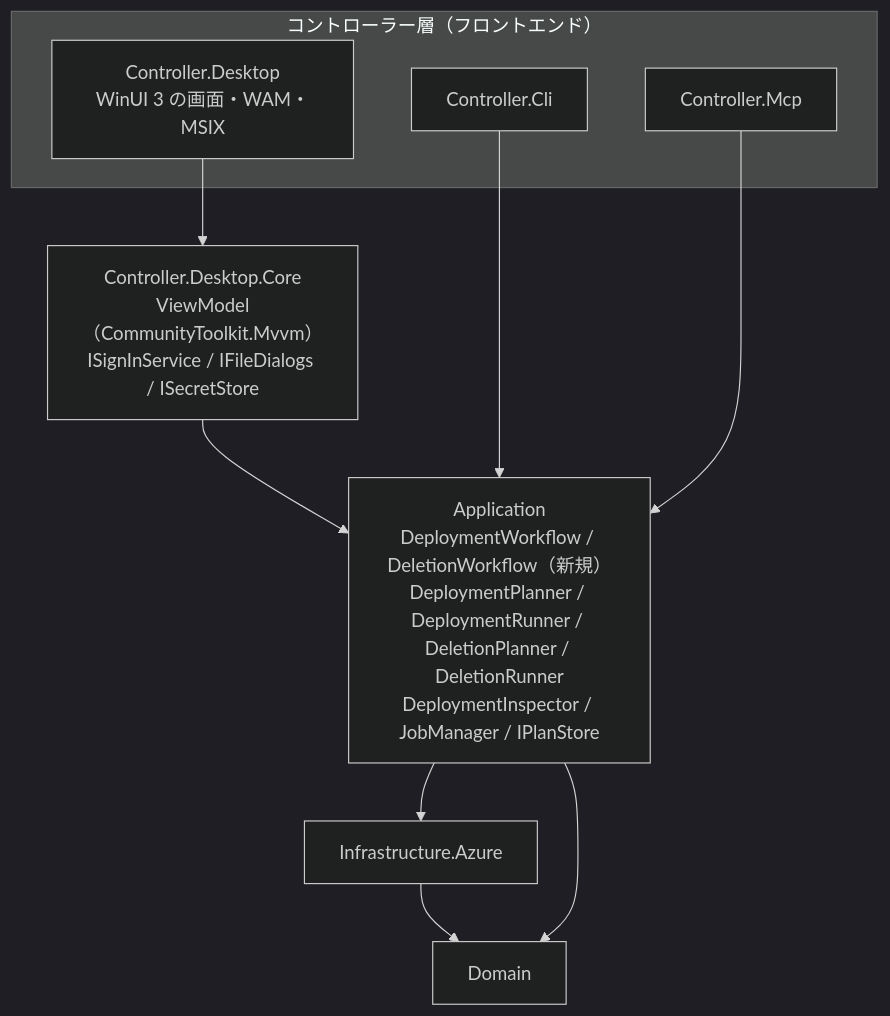
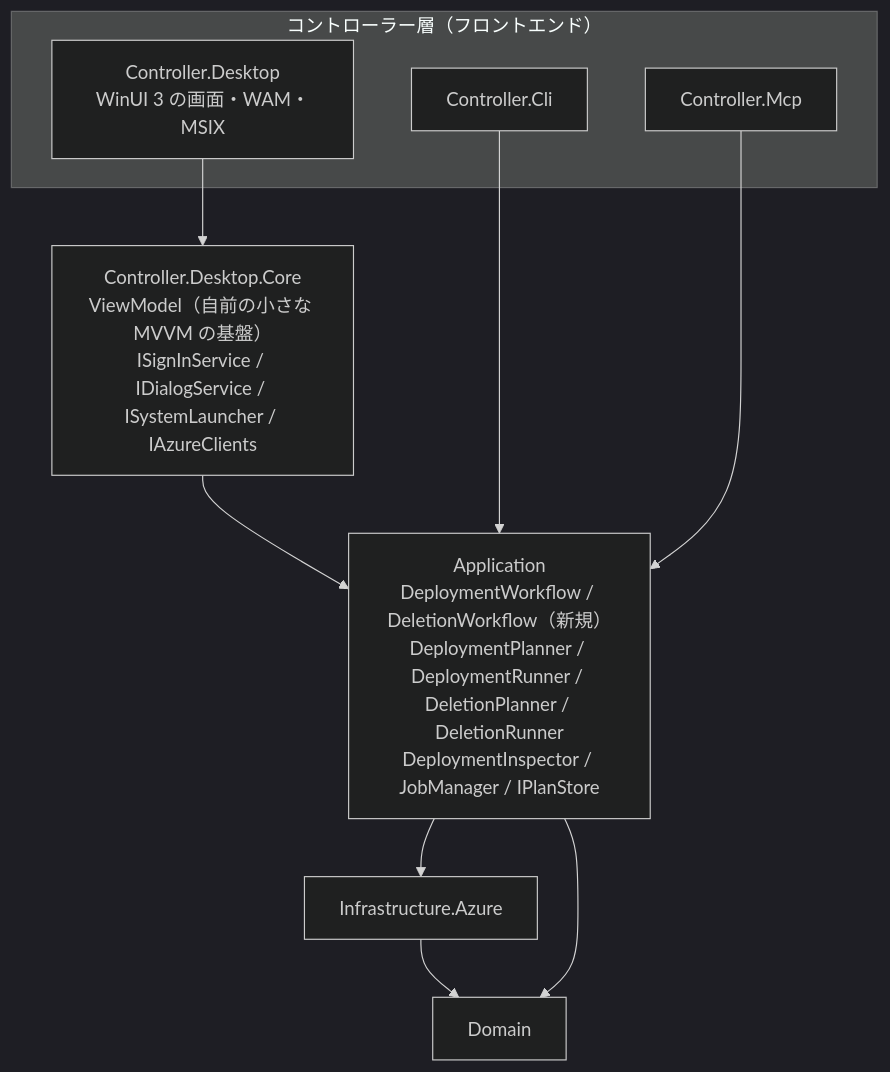
Before and after one commit to yamadakou/timetracker-deployment-tool: the first of 2 diagrams in docs/design/desktop-app.md, drawn with Mermaid (dark theme). The commit also changed other lines of this file and 1 other file, not shown here.

First line of the commit message:
docs: デスクトップアプリの設計に永続化オプションの扱いを追記し、README の設計概要にワークフローと Desktop.Core を加える

````diff
--- a/docs/design/desktop-app.md
+++ b/docs/design/desktop-app.md
@@ -56,18 +54,18 @@
 ```mermaid
 flowchart TB
   subgraph Frontends["コントローラー層（フロントエンド）"]
     CLI["Controller.Cli"]
     MCP["Controller.Mcp"]
     DESK["Controller.Desktop<br/>WinUI 3 の画面・WAM・MSIX"]
   end
-  CORE["Controller.Desktop.Core<br/>ViewModel（CommunityToolkit.Mvvm）<br/>ISignInService / IFileDialogs / ISecretStore"]
+  CORE["Controller.Desktop.Core<br/>ViewModel（自前の小さな MVVM の基盤）<br/>ISignInService / IDialogService / ISystemLauncher / IAzureClients"]
   APP["Application<br/>DeploymentWorkflow / DeletionWorkflow（新規）<br/>DeploymentPlanner / DeploymentRunner / DeletionPlanner / DeletionRunner<br/>DeploymentInspector / JobManager / IPlanStore"]
   INFRA["Infrastructure.Azure"]
   DOMAIN["Domain"]
   DESK --> CORE
   CORE --> APP
   CLI --> APP
   MCP --> APP
   APP --> INFRA --> DOMAIN
   APP --> DOMAIN
 ```
````
